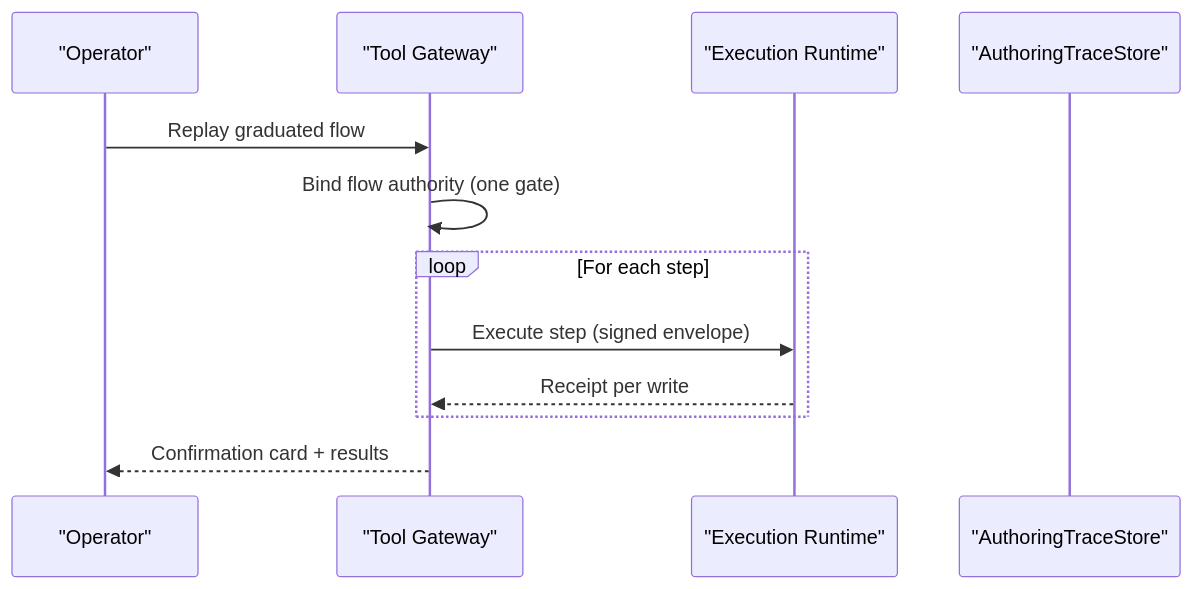
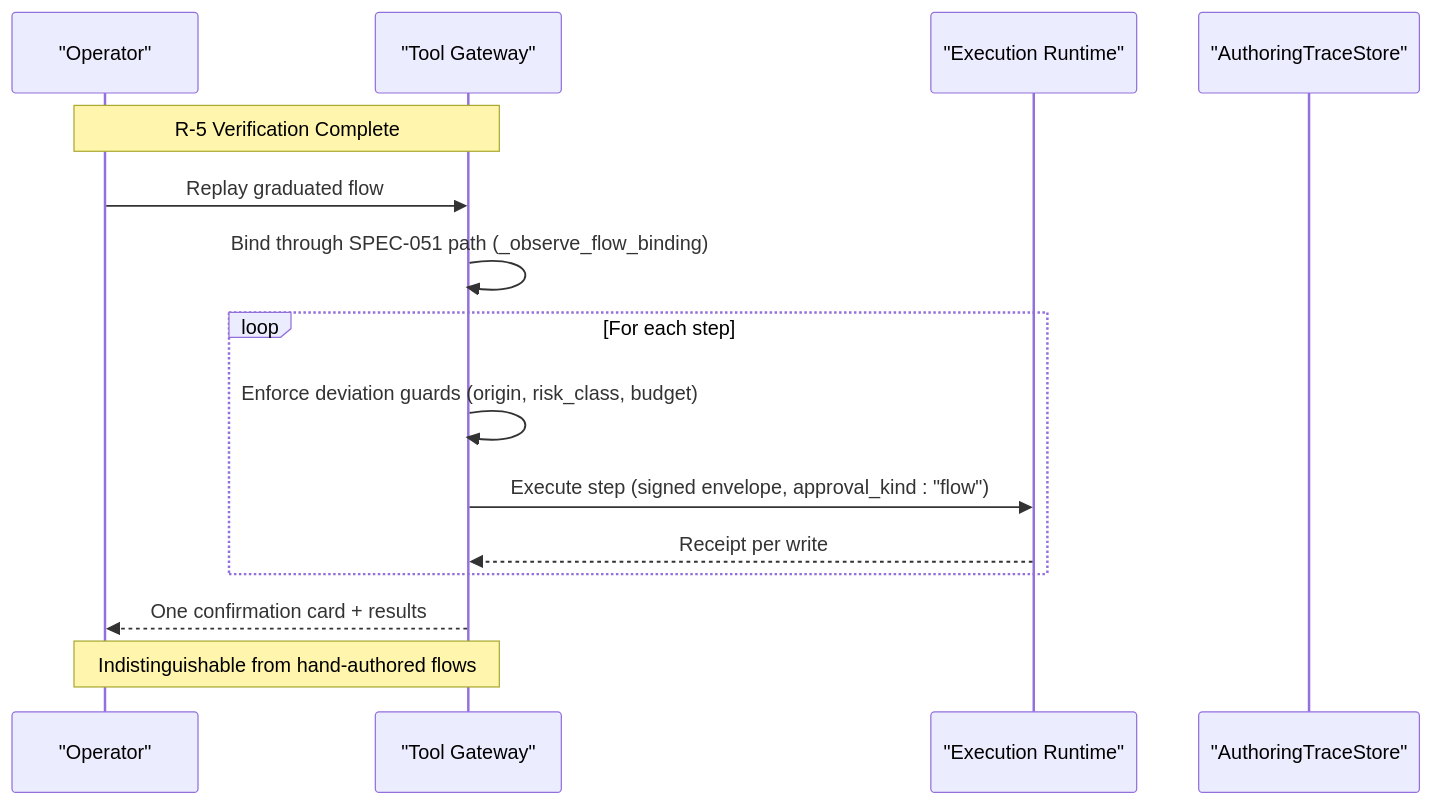
One commit to metasync/luban-aiops changed the eighth of 11 diagrams in .qoder/repowiki/en/content/Architecture Documentation/SPEC-055_ Develop-as-You-Go Skill Graduation.md. Above: the diagram before and after it, drawn with Mermaid. The commit also changed other lines of this file and 48 other files, not shown here.

````diff
--- a/.qoder/repowiki/en/content/Architecture Documentation/SPEC-055_ Develop-as-You-Go Skill Graduation.md
+++ b/.qoder/repowiki/en/content/Architecture Documentation/SPEC-055_ Develop-as-You-Go Skill Graduation.md
@@ -292,14 +476,17 @@
 ```mermaid
 sequenceDiagram
 participant Op as "Operator"
 participant GW as "Tool Gateway"
 participant ER as "Execution Runtime"
 participant Trace as "AuthoringTraceStore"
+Note over Op,GW : R-5 Verification Complete
 Op->>GW : Replay graduated flow
-GW->>GW : Bind flow authority (one gate)
+GW->>GW : Bind through SPEC-051 path (_observe_flow_binding)
 loop For each step
-GW->>ER : Execute step (signed envelope)
+GW->>GW : Enforce deviation guards (origin, risk_class, budget)
+GW->>ER : Execute step (signed envelope, approval_kind : "flow")
 ER-->>GW : Receipt per write
 end
-GW-->>Op : Confirmation card + results
+GW-->>Op : One confirmation card + results
+Note over GW,Op : Indistinguishable from hand-authored flows
 ```
````
